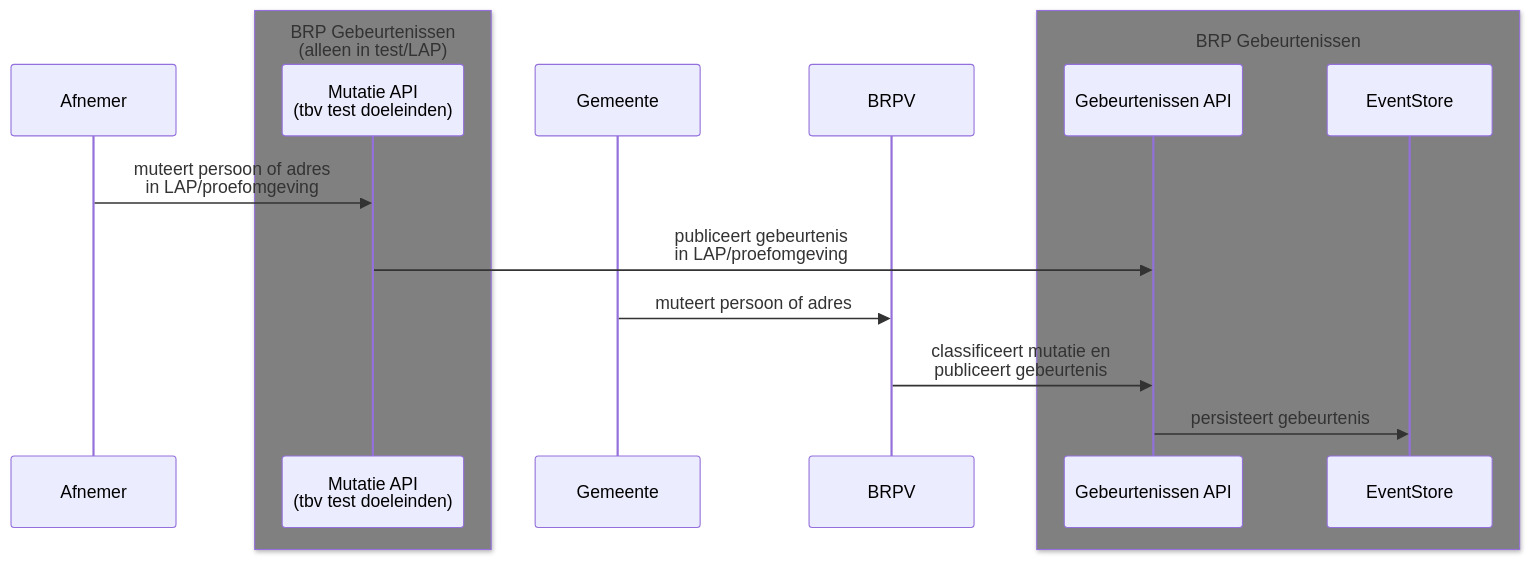
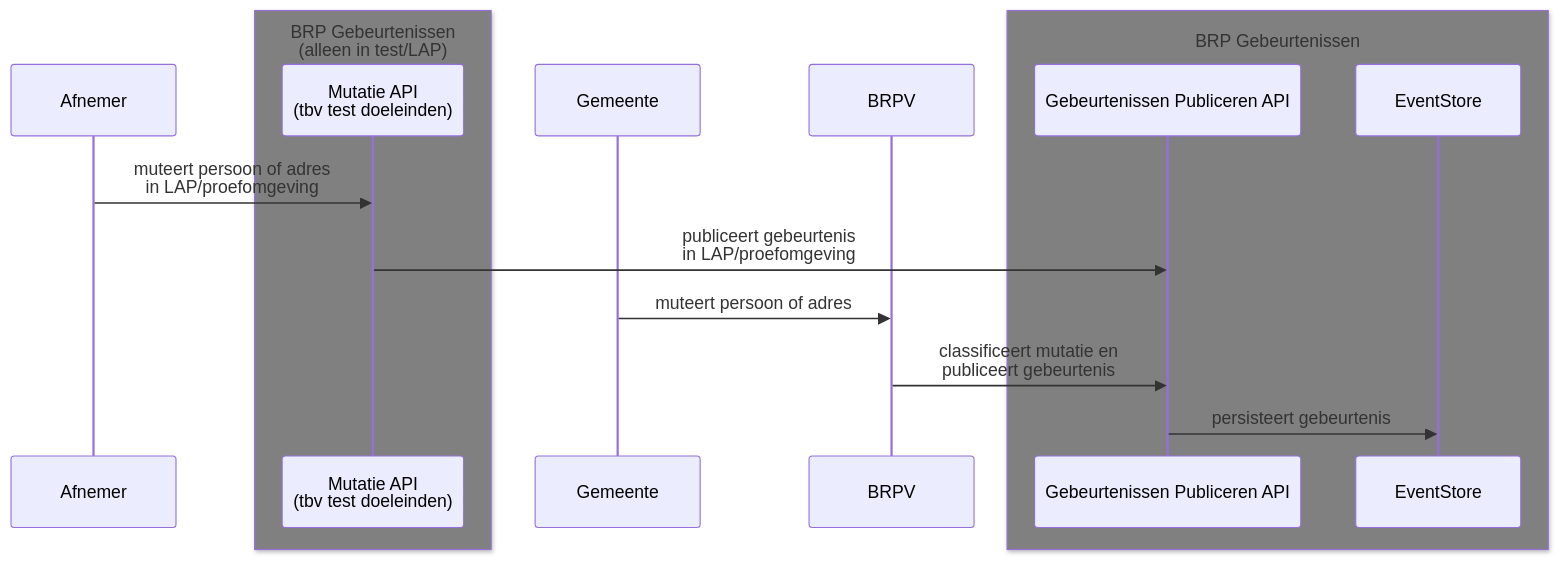
Before and after one commit to BRP-API/brp-api-gebeurtenissen: the first of 2 diagrams in architectuur/sequence-diagram.md, drawn with Mermaid. The commit also changed other lines of this file and 1 other file, not shown here.

````diff
--- a/architectuur/sequence-diagram.md
+++ b/architectuur/sequence-diagram.md
@@ -2,21 +2,21 @@
 ```mermaid
 sequenceDiagram
     participant Afnemer
     box Grey BRP Gebeurtenissen<br/>(alleen in test/LAP)
         participant MA as Mutatie API<br/>(tbv test doeleinden)
     end
     participant Gemeente
     participant BRPV
     box Grey BRP Gebeurtenissen
-        participant EvtApi as Gebeurtenissen API
+        participant EvtApi as Gebeurtenissen Publiceren API
         participant ES as EventStore
     end
 
     Afnemer->>MA: muteert persoon of adres<br/>in LAP/proefomgeving
     MA->>EvtApi: publiceert gebeurtenis<br/>in LAP/proefomgeving
 
     Gemeente->>BRPV: muteert persoon of adres
     BRPV->>EvtApi: classificeert mutatie en<br/>publiceert gebeurtenis
 
     EvtApi->>ES: persisteert gebeurtenis
 ```
````
